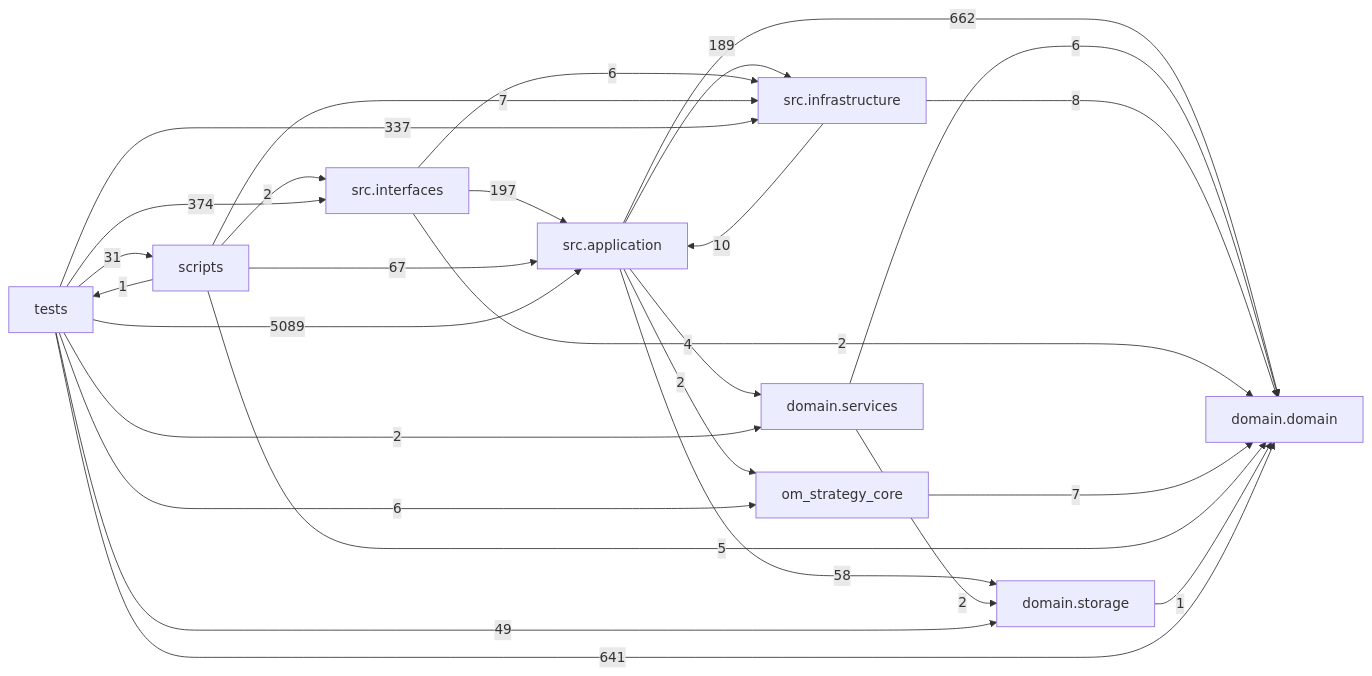
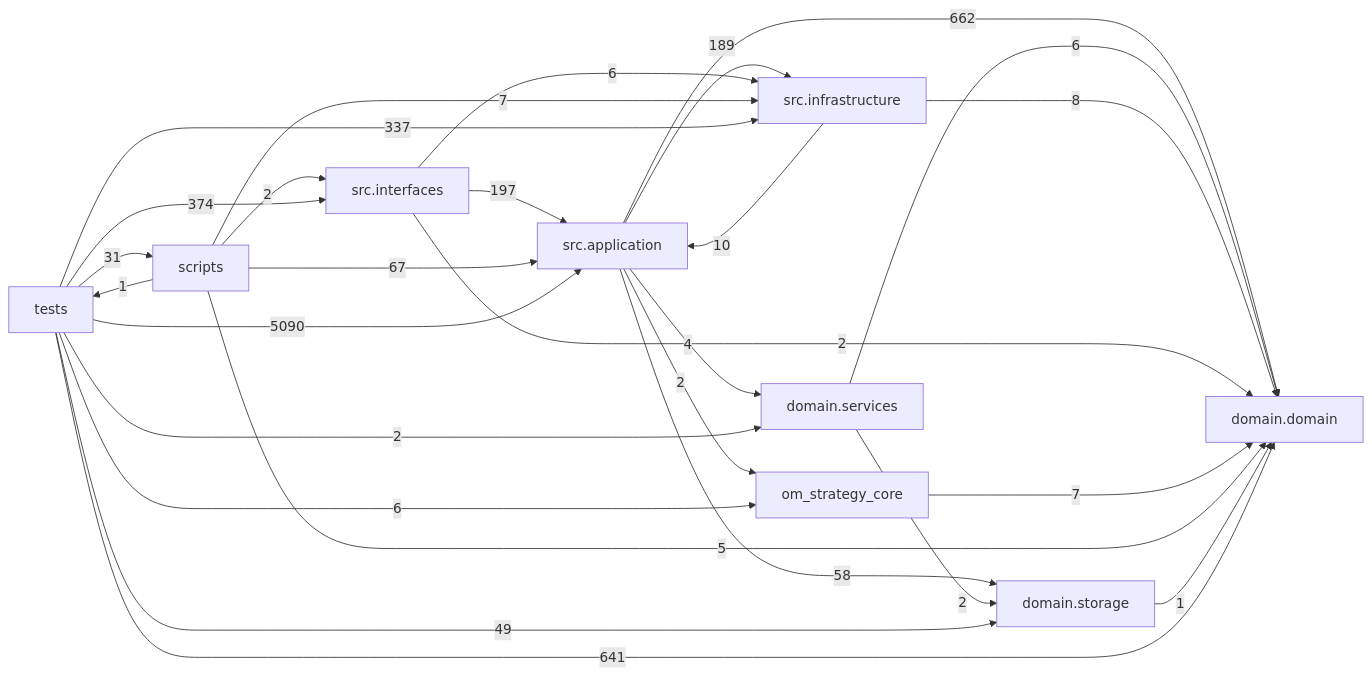
One commit to liuxie066/options-monitor changed the diagram in docs/DEPENDENCY_GRAPH.md. Above: the diagram before and after it, drawn with Mermaid. The commit also changed other lines of this file, not shown here.

Commit message:
docs(graph): refresh notification regression imports

````diff
--- a/docs/DEPENDENCY_GRAPH.md
+++ b/docs/DEPENDENCY_GRAPH.md
@@ -24,38 +24,38 @@
 ```mermaid
 flowchart LR
   tests["tests"]
   scripts["scripts"]
   interfaces["src.interfaces"]
   application["src.application"]
   infrastructure["src.infrastructure"]
   domain_services["domain.services"]
   domain["domain.domain"]
   storage["domain.storage"]
   application -->|662| domain
   application -->|4| domain_services
   application -->|189| infrastructure
   application -->|2| om_strategy_core
   application -->|58| storage
   domain_services -->|6| domain
   domain_services -->|2| storage
   infrastructure -->|10| application
   infrastructure -->|8| domain
   interfaces -->|197| application
   interfaces -->|2| domain
   interfaces -->|6| infrastructure
   om_strategy_core -->|7| domain
   scripts -->|67| application
   scripts -->|5| domain
   scripts -->|7| infrastructure
   scripts -->|2| interfaces
   scripts -->|1| tests
   storage -->|1| domain
-  tests -->|5089| application
+  tests -->|5090| application
   tests -->|641| domain
   tests -->|2| domain_services
   tests -->|337| infrastructure
   tests -->|374| interfaces
   tests -->|6| om_strategy_core
   tests -->|31| scripts
   tests -->|49| storage
 ```
````
